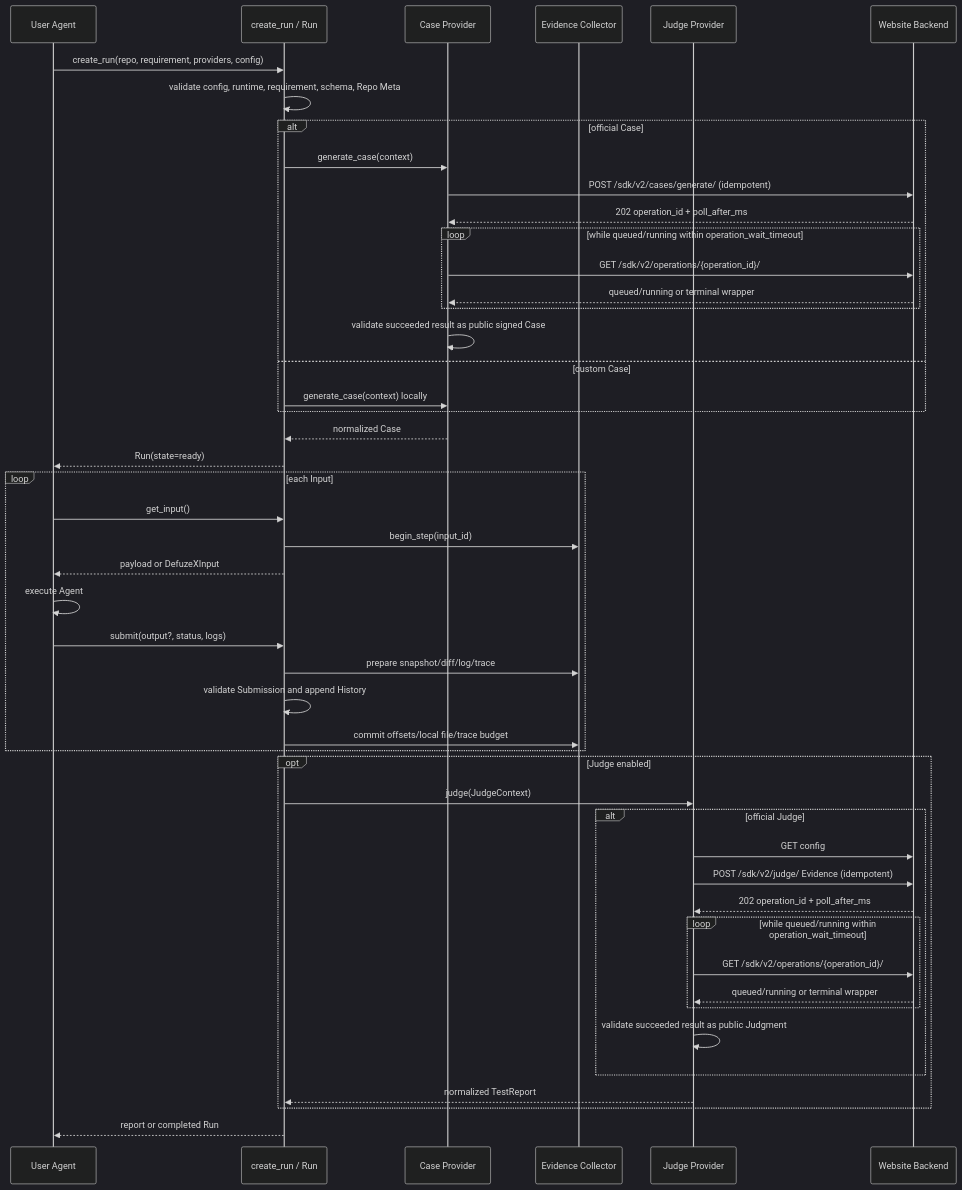
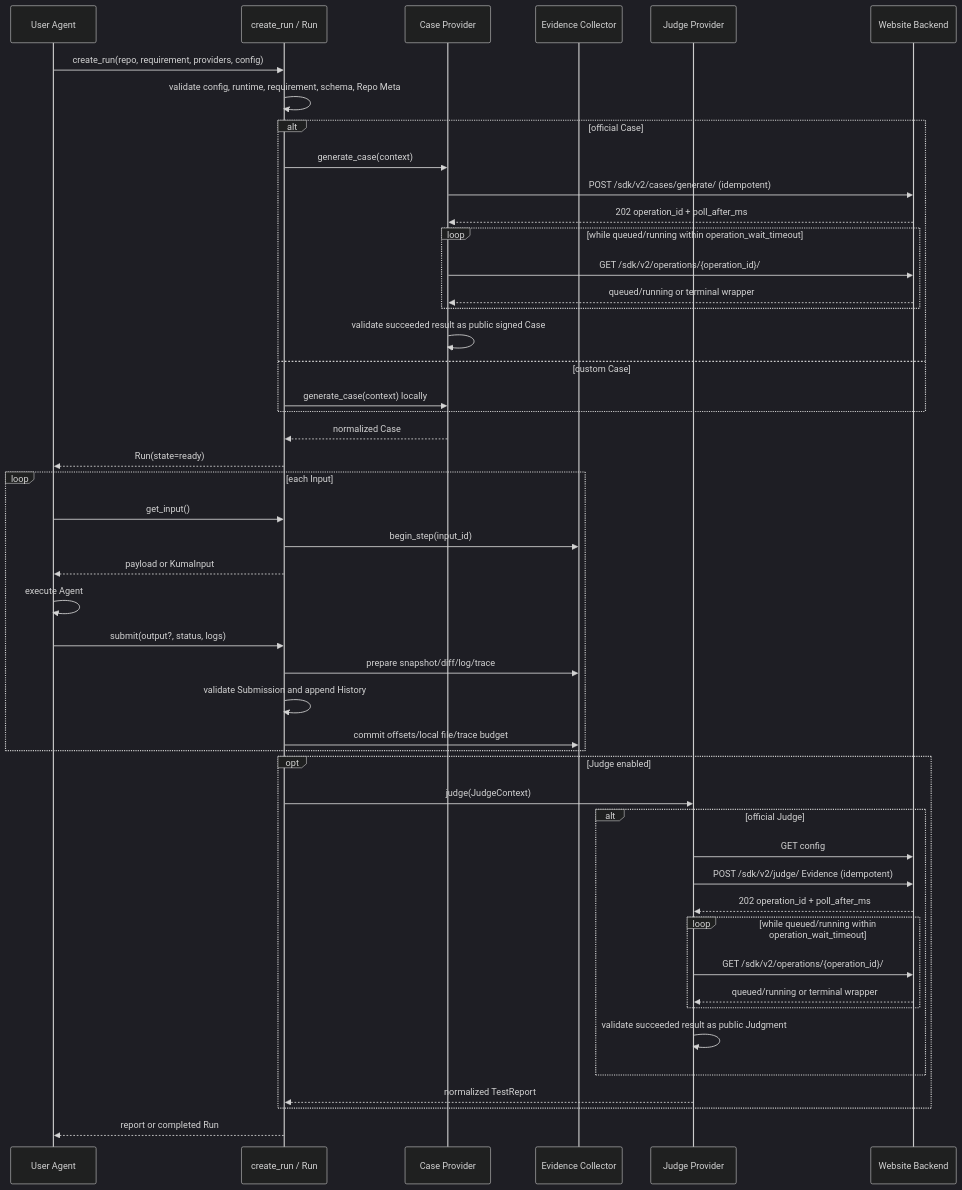
The third of 5 diagrams in docs/architecture.md (DDai22/KUMA-DefuzeX), drawn with Mermaid (dark theme) before and after one commit. The commit also changed other lines of this file and 95 other files, not shown here.

````diff
--- a/docs/architecture.md
+++ b/docs/architecture.md
@@ -121,53 +121,53 @@
 ```mermaid
 sequenceDiagram
     participant U as User Agent
     participant S as create_run / Run
     participant C as Case Provider
     participant E as Evidence Collector
     participant J as Judge Provider
     participant B as Website Backend
 
     U->>S: create_run(repo, requirement, providers, config)
     S->>S: validate config, runtime, requirement, schema, Repo Meta
     alt official Case
         S->>C: generate_case(context)
         C->>B: POST /sdk/v2/cases/generate/ (idempotent)
         B-->>C: 202 operation_id + poll_after_ms
         loop while queued/running within operation_wait_timeout
             C->>B: GET /sdk/v2/operations/{operation_id}/
             B-->>C: queued/running or terminal wrapper
         end
         C->>C: validate succeeded result as public signed Case
     else custom Case
         S->>C: generate_case(context) locally
     end
     C-->>S: normalized Case
     S-->>U: Run(state=ready)
 
     loop each Input
         U->>S: get_input()
         S->>E: begin_step(input_id)
-        S-->>U: payload or DefuzeXInput
+        S-->>U: payload or KumaInput
         U->>U: execute Agent
         U->>S: submit(output?, status, logs)
         S->>E: prepare snapshot/diff/log/trace
         S->>S: validate Submission and append History
         S->>E: commit offsets/local file/trace budget
     end
 
     opt Judge enabled
         S->>J: judge(JudgeContext)
         alt official Judge
             J->>B: GET config
             J->>B: POST /sdk/v2/judge/ Evidence (idempotent)
             B-->>J: 202 operation_id + poll_after_ms
             loop while queued/running within operation_wait_timeout
                 J->>B: GET /sdk/v2/operations/{operation_id}/
                 B-->>J: queued/running or terminal wrapper
             end
             J->>J: validate succeeded result as public Judgment
         end
         J-->>S: normalized TestReport
     end
     S-->>U: report or completed Run
 ```
````
